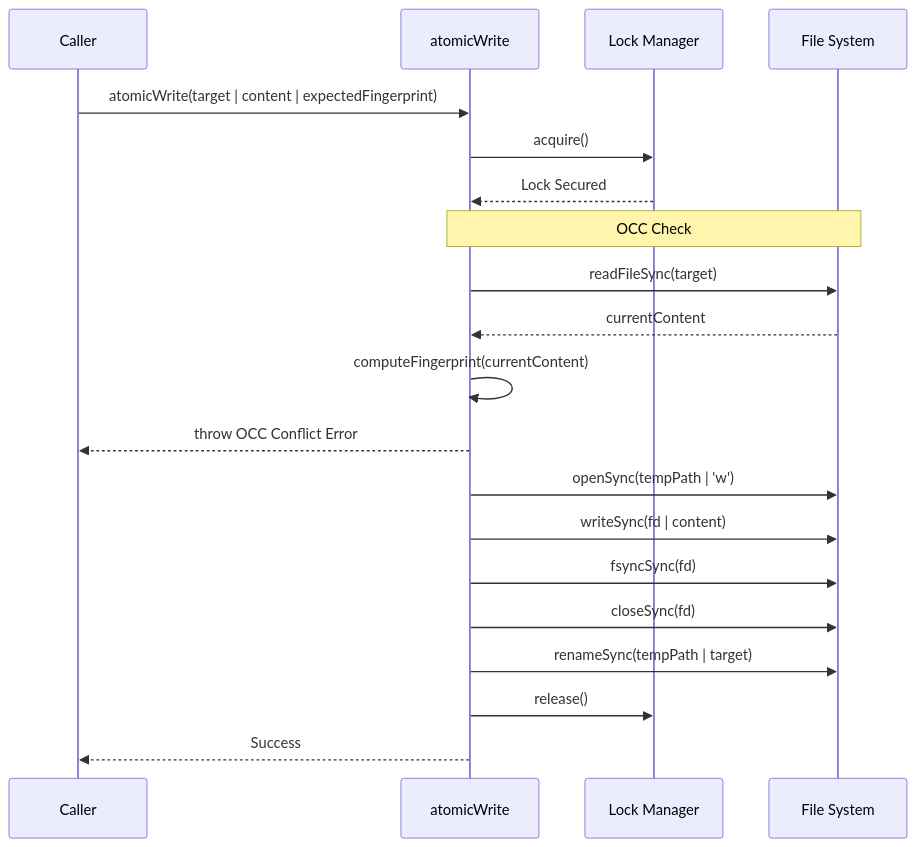
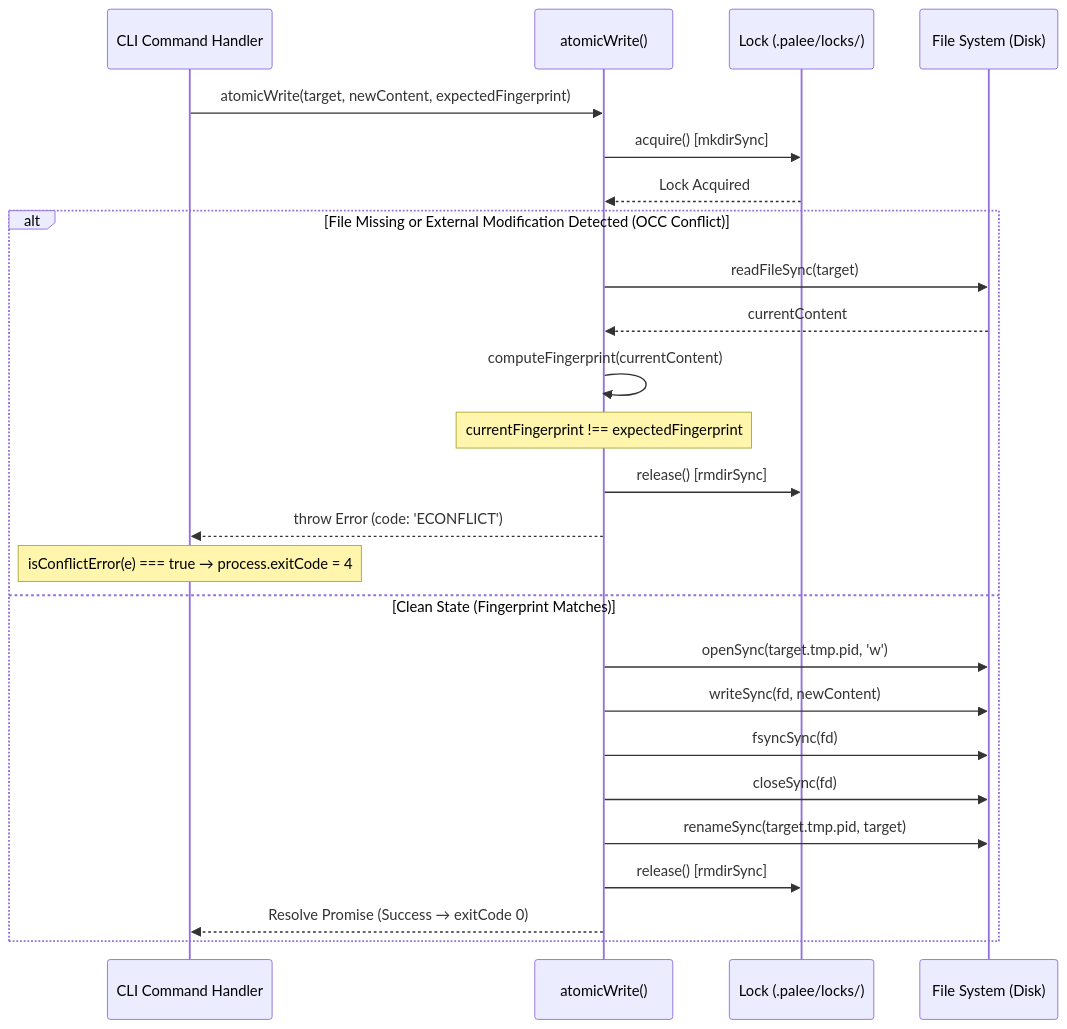
Before and after one commit to Kuldeep2822k/cli: the first of 2 diagrams in docs/04-1-frontmatter-parser-and-atomic-writes.md, drawn with Mermaid. The commit also changed other lines of this file and 27 other files, not shown here.

````diff
--- a/docs/04-1-frontmatter-parser-and-atomic-writes.md
+++ b/docs/04-1-frontmatter-parser-and-atomic-writes.md
@@ -64,22 +78,29 @@
 ```mermaid
 sequenceDiagram
-    participant C as Caller
-    participant AW as atomicWrite
-    participant L as Lock Manager
-    participant FS as File System
-    C->>AW: atomicWrite(target | content | expectedFingerprint)
-    AW->>L: acquire()
-    L-->>AW: Lock Secured
-    Note over AW,FS: OCC Check
-    AW->>FS: readFileSync(target)
-    FS-->>AW: currentContent
-    AW->>AW: computeFingerprint(currentContent)
-    AW-->>C: throw OCC Conflict Error
-    AW->>FS: openSync(tempPath | 'w')
-    AW->>FS: writeSync(fd | content)
-    AW->>FS: fsyncSync(fd)
-    AW->>FS: closeSync(fd)
-    AW->>FS: renameSync(tempPath | target)
-    AW->>L: release()
-    AW-->>C: Success
+    participant CLI as CLI Command Handler
+    participant AW as atomicWrite()
+    participant Lock as Lock (.palee/locks/)
+    participant FS as File System (Disk)
+
+    CLI->>AW: atomicWrite(target, newContent, expectedFingerprint)
+    AW->>Lock: acquire() [mkdirSync]
+    Lock-->>AW: Lock Acquired
+
+    alt File Missing or External Modification Detected (OCC Conflict)
+        AW->>FS: readFileSync(target)
+        FS-->>AW: currentContent
+        AW->>AW: computeFingerprint(currentContent)
+        Note over AW: currentFingerprint !== expectedFingerprint
+        AW->>Lock: release() [rmdirSync]
+        AW-->>CLI: throw Error (code: 'ECONFLICT')
+        Note over CLI: isConflictError(e) === true → process.exitCode = 4
+    else Clean State (Fingerprint Matches)
+        AW->>FS: openSync(target.tmp.pid, 'w')
+        AW->>FS: writeSync(fd, newContent)
+        AW->>FS: fsyncSync(fd)
+        AW->>FS: closeSync(fd)
+        AW->>FS: renameSync(target.tmp.pid, target)
+        AW->>Lock: release() [rmdirSync]
+        AW-->>CLI: Resolve Promise (Success → exitCode 0)
+    end
 ```
````
